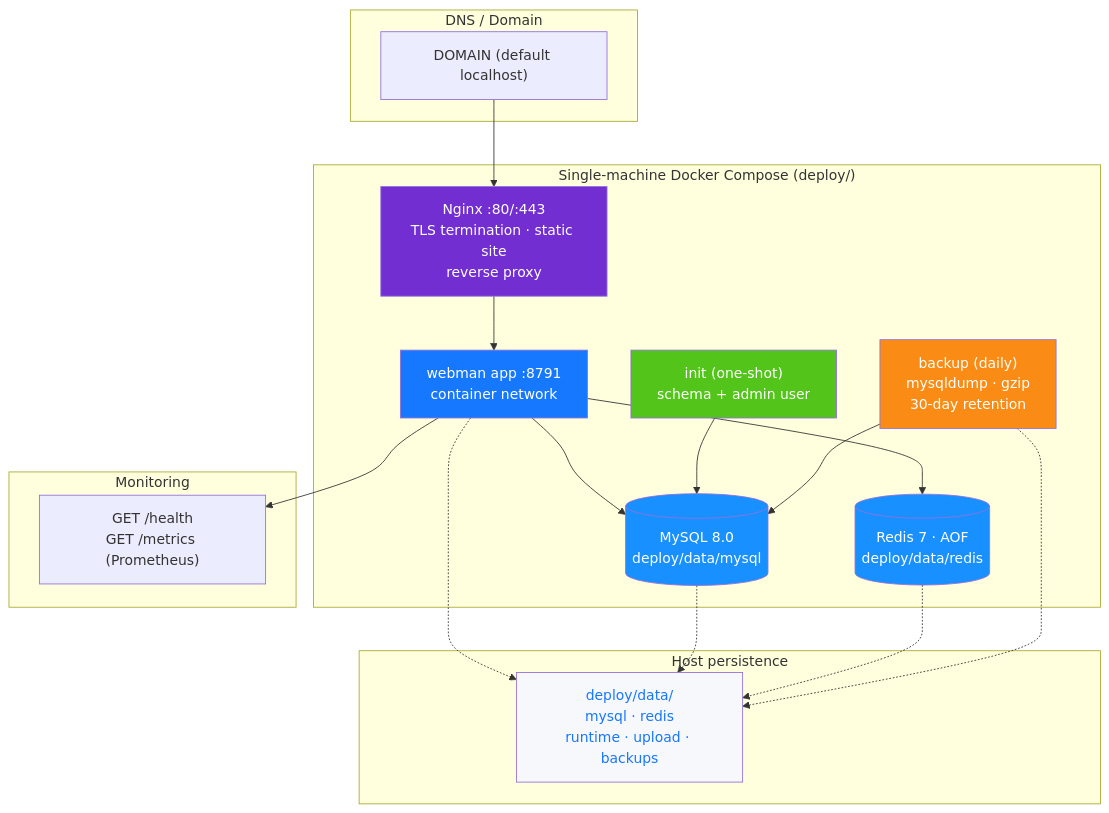
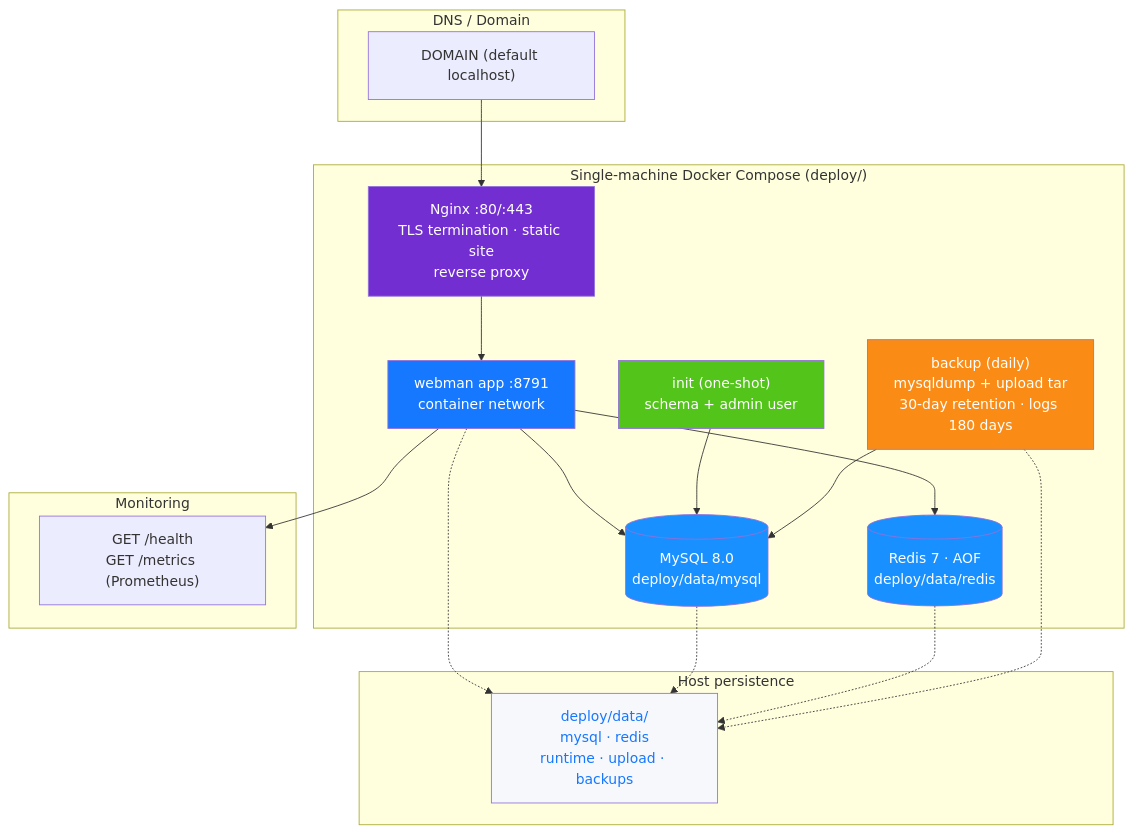
Before and after one commit to erikwang2013/open-admin: the diagram in docs/diagrams/12-deployment.en.md, drawn with Mermaid. The commit also changed 148 other files, not shown here.

````diff
--- a/docs/diagrams/12-deployment.en.md
+++ b/docs/diagrams/12-deployment.en.md
@@ -7,43 +7,43 @@
 ```mermaid
 flowchart TB
     subgraph dns["DNS / Domain"]
         domain["DOMAIN (default localhost)"]
     end
 
     subgraph host["Single-machine Docker Compose (deploy/)"]
         nginx["Nginx :80/:443<br/>TLS termination · static site<br/>reverse proxy"]
         bootstrap["init (one-shot)<br/>schema + admin user"]
         wm["webman app :8791<br/>container network"]
         mysql[("MySQL 8.0<br/>deploy/data/mysql")]
         redis[("Redis 7 · AOF<br/>deploy/data/redis")]
-        backup["backup (daily)<br/>mysqldump · gzip<br/>30-day retention"]
+        backup["backup (daily)<br/>mysqldump + upload tar<br/>30-day retention · logs 180 days"]
     end
 
     subgraph persist["Host persistence"]
         data["deploy/data/<br/>mysql · redis<br/>runtime · upload · backups"]
     end
 
     subgraph monitor["Monitoring"]
         health["GET /health<br/>GET /metrics (Prometheus)"]
     end
 
     domain --> nginx
     nginx --> wm
     wm --> mysql
     wm --> redis
     bootstrap --> mysql
     backup --> mysql
     wm -.-> data
     mysql -.-> data
     redis -.-> data
     backup -.-> data
     wm --> health
 
     style nginx fill:#722ED1,color:#fff
     style bootstrap fill:#52C41A,color:#fff
     style wm fill:#1677FF,color:#fff
     style mysql fill:#1890FF,color:#fff
     style redis fill:#1890FF,color:#fff
     style backup fill:#FA8C16,color:#fff
     style data fill:#F6F8FC,color:#1677FF
 ```
````
